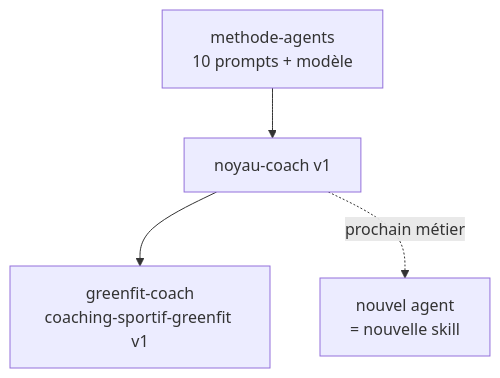
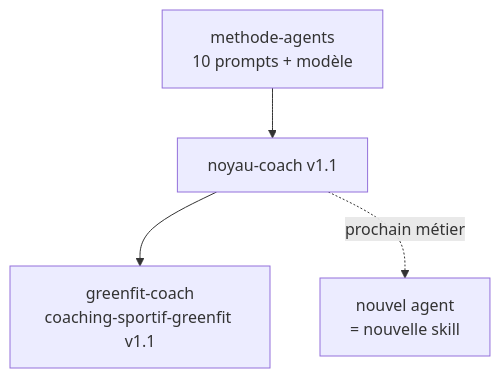
One commit to Electro-agents/.github changed the diagram in profile/README.md. Above: the diagram before and after it, drawn with Mermaid. The commit also changed other lines of this file, not shown here.

Commit message:
Met à jour l'état de greenfit-coach (prompts 0 à 9, v1.1)
Claude-Session: https://claude.ai/code/session_01DWYPMmQtkp5ySYSQCTi1vU

````diff
--- a/profile/README.md
+++ b/profile/README.md
@@ -5,6 +5,6 @@
 ```mermaid
 flowchart TD
-  M[methode-agents<br>10 prompts + modèle] --> N[noyau-coach v1]
-  N --> G[greenfit-coach<br>coaching-sportif-greenfit v1]
+  M[methode-agents<br>10 prompts + modèle] --> N[noyau-coach v1.1]
+  N --> G[greenfit-coach<br>coaching-sportif-greenfit v1.1]
   N -. prochain métier .-> X[nouvel agent<br>= nouvelle skill]
 ```
````
